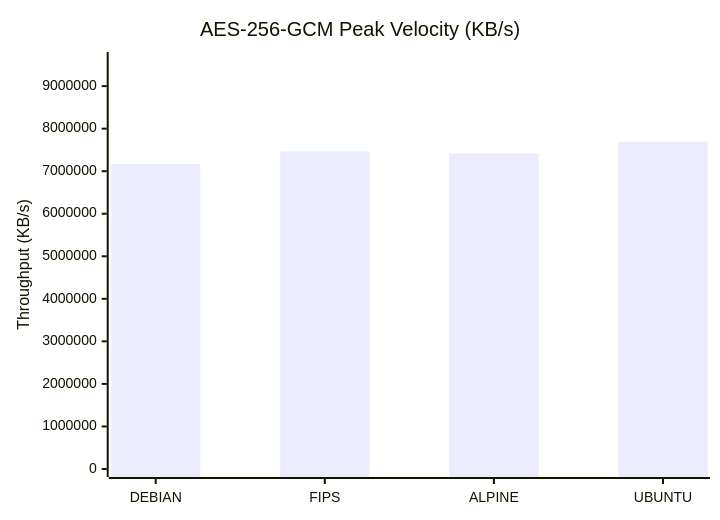
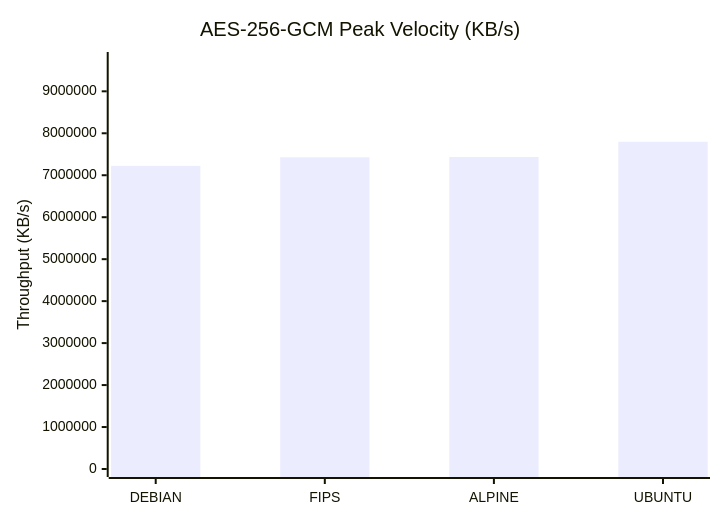
One commit to taha2samy/openssl_fips changed the first of 9 diagrams in docs/Comparison_Report.md. Above: the diagram before and after it, drawn with Mermaid. The commit also changed other lines of this file and 3 other files, not shown here.

````diff
--- a/docs/Comparison_Report.md
+++ b/docs/Comparison_Report.md
@@ -56,7 +56,7 @@
 ```mermaid
 xychart-beta
     title "AES-256-GCM Peak Velocity (KB/s)"
     x-axis [DEBIAN, FIPS, ALPINE, UBUNTU]
-    y-axis "Throughput (KB/s)" 0 --> 9613824
-    bar [7168573.44, 7463952.38, 7418716.16, 7691059.2]
+    y-axis "Throughput (KB/s)" 0 --> 9745991
+    bar [7223607.3, 7427973.12, 7434362.88, 7796793.34]
 ```
````
